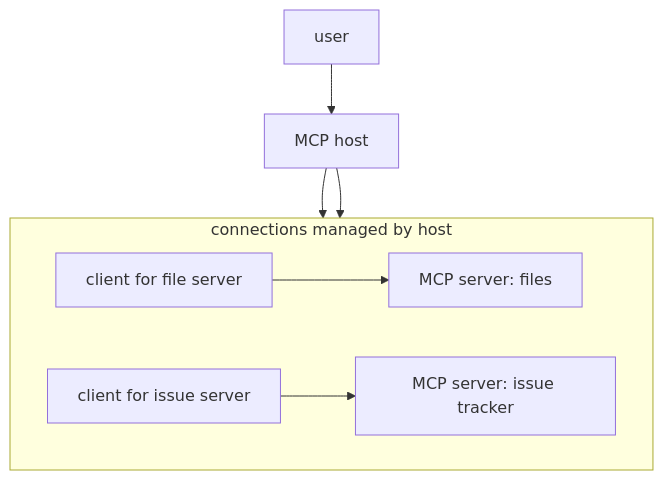
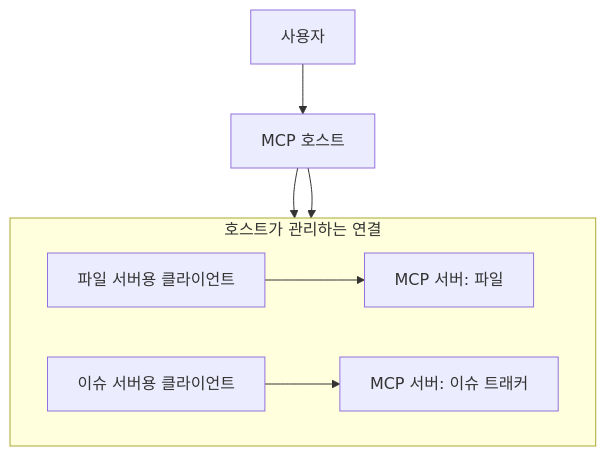
The diagram in docs/parts/part-01/chapter-14/section-04.md (devchan64/AiBook), drawn with Mermaid before and after one commit. The commit also changed other lines of this file and 13 other files, not shown here.

Commit message:
Translate Part 1 Korean diagrams

````diff
--- a/docs/parts/part-01/chapter-14/section-04.md
+++ b/docs/parts/part-01/chapter-14/section-04.md
@@ -106,15 +106,15 @@
 ```mermaid
 flowchart TD
-  U["user"]
-  H["MCP host"]
+  U["사용자"]
+  H["MCP 호스트"]
 
-  subgraph C["connections managed by host"]
+  subgraph C["호스트가 관리하는 연결"]
     direction LR
-    C1["client for file server"] --> S1["MCP server: files"]
-    C2["client for issue server"] --> S2["MCP server: issue tracker"]
+    C1["파일 서버용 클라이언트"] --> S1["MCP 서버: 파일"]
+    C2["이슈 서버용 클라이언트"] --> S2["MCP 서버: 이슈 트래커"]
   end
 
   U --> H
   H --> C1
   H --> C2
 ```
````
